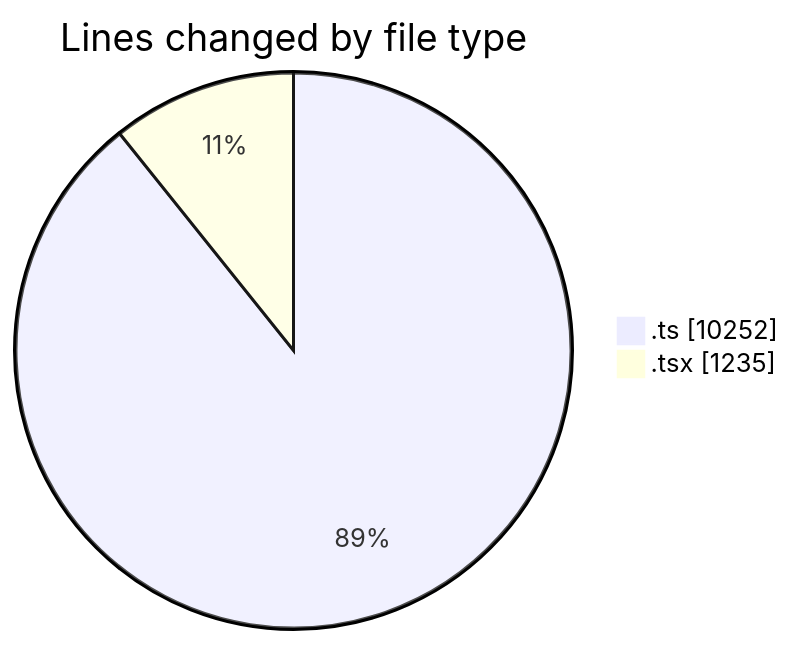
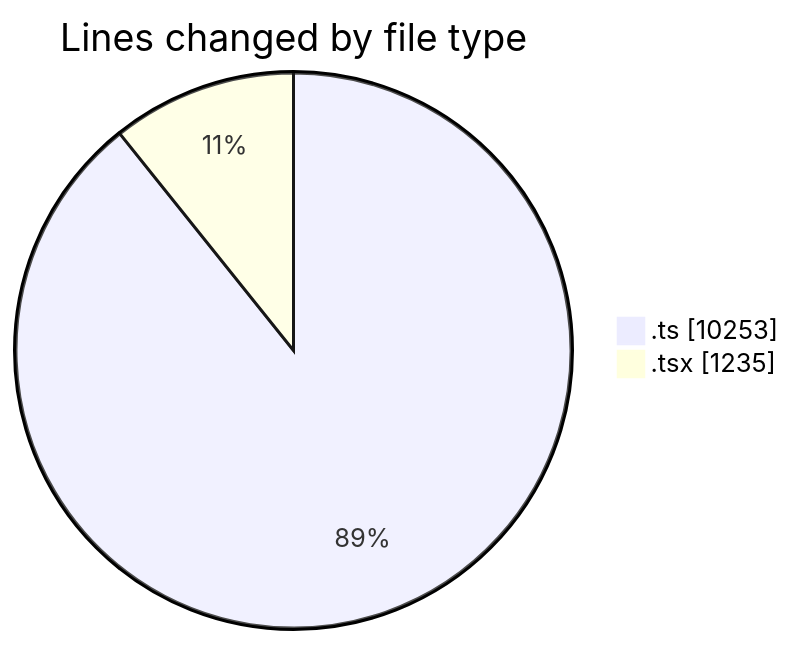
Before and after one commit to momahboobian/code-tracking: the first of 2 diagrams in 2025-06-23/cda/README.md, drawn with Mermaid. The commit also changed other lines of this file and 1 other file, not shown here.

````diff
--- a/2025-06-23/cda/README.md
+++ b/2025-06-23/cda/README.md
@@ -27,6 +27,6 @@
 ```mermaid
 pie showData
 title Lines changed by file type
-".ts" : 10252
+".ts" : 10253
 ".tsx" : 1235
 ```
````
